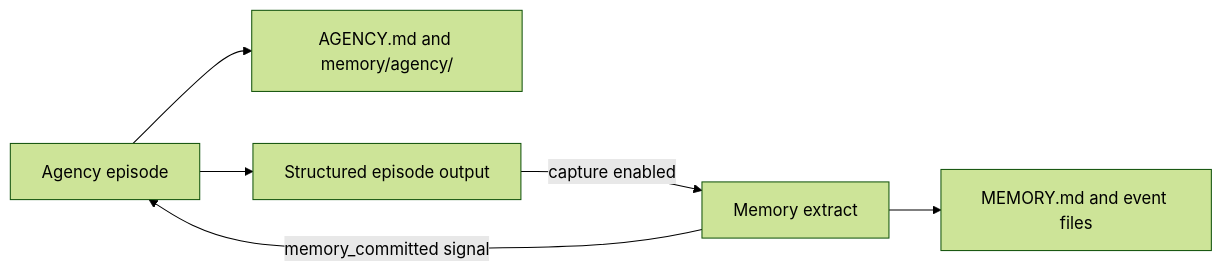
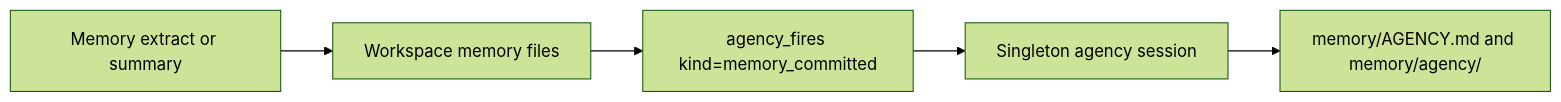
The fourth of 4 diagrams in packages/ya-claw/spec/11-session-agency.md (Alexsu26/ya-mono), drawn with Mermaid (forest theme) before and after one commit. The commit also changed other lines of this file and 28 other files, not shown here.

First line of the commit message:
feat(claw): add singleton agency runtime (#233)

````diff
--- a/packages/ya-claw/spec/11-session-agency.md
+++ b/packages/ya-claw/spec/11-session-agency.md
@@ -726,14 +442,7 @@
 ```mermaid
 flowchart LR
-    A[Agency episode]
-    AF[AGENCY.md and memory/agency/]
-    O[Structured episode output]
-    M[Memory extract]
-    S[MEMORY.md and event files]
-
-    A --> AF
-    A --> O
-    O -->|capture enabled| M
-    M --> S
-    M -->|memory_committed signal| A
+    M[Memory extract or summary] --> W[Workspace memory files]
+    W --> F[agency_fires kind=memory_committed]
+    F --> A[Singleton agency session]
+    A --> IDX[memory/AGENCY.md and memory/agency/]
 ```
````
